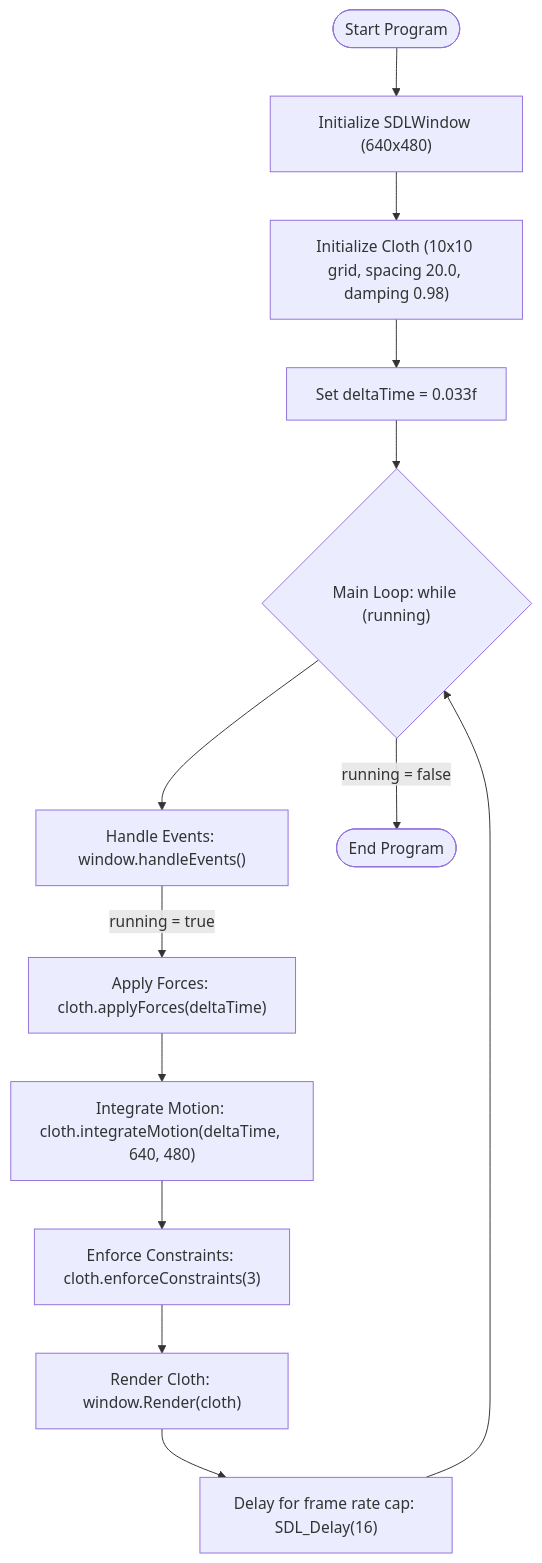
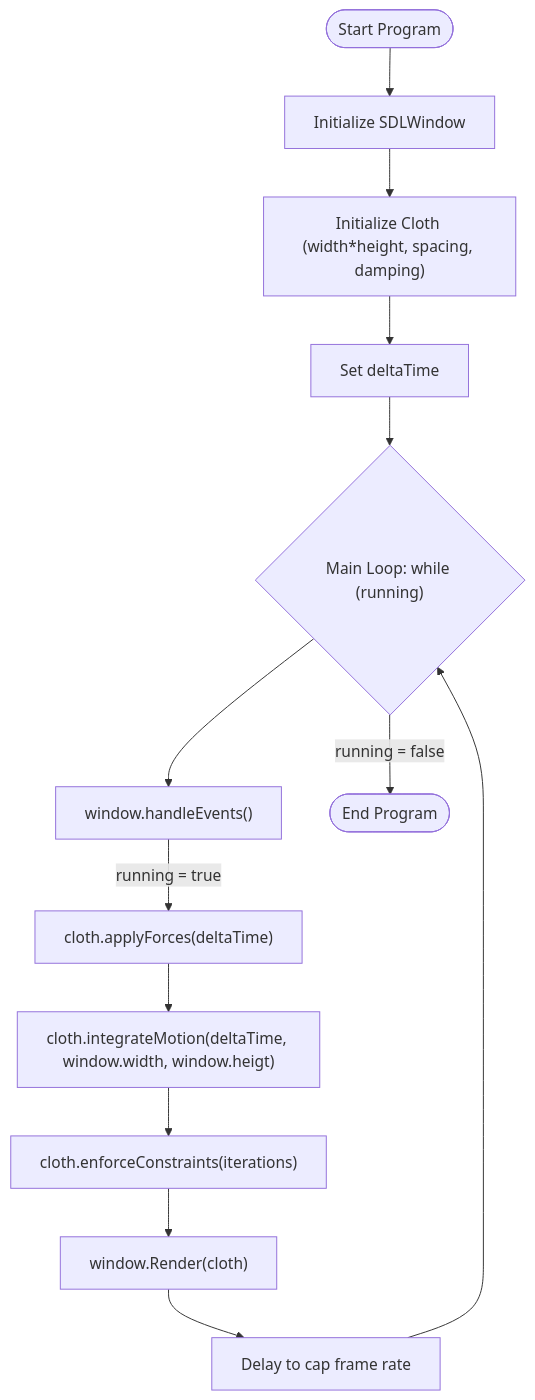
One commit to mandelcohen/ClothSimCmake changed the second of 2 diagrams in README.md. Above: the diagram before and after it, drawn with Mermaid.

````diff
--- a/README.md
+++ b/README.md
@@ -62,17 +62,17 @@
 ```mermaid
 flowchart TD
-    Start([Start Program]) --> InitWindow["Initialize SDLWindow (640x480)"]
-    InitWindow --> InitCloth["Initialize Cloth (10x10 grid, spacing 20.0, damping 0.98)"]
-    InitCloth --> SetDeltaTime["Set deltaTime = 0.033f"]
+    Start([Start Program]) --> InitWindow["Initialize SDLWindow"]
+    InitWindow --> InitCloth["Initialize Cloth (width*height, spacing, damping)"]
+    InitCloth --> SetDeltaTime["Set deltaTime"]
     SetDeltaTime --> MainLoop{"Main Loop: while (running)"}
 
-    MainLoop --> HandleEvents["Handle Events: window.handleEvents()"]
-    HandleEvents -->|running = true| ApplyForces["Apply Forces: cloth.applyForces(deltaTime)"]
-    ApplyForces --> IntegrateMotion["Integrate Motion: cloth.integrateMotion(deltaTime, 640, 480)"]
-    IntegrateMotion --> EnforceConstraints["Enforce Constraints: cloth.enforceConstraints(3)"]
-    EnforceConstraints --> Render["Render Cloth: window.Render(cloth)"]
+    MainLoop --> HandleEvents["window.handleEvents()"]
+    HandleEvents -->|running = true| ApplyForces["cloth.applyForces(deltaTime)"]
+    ApplyForces --> IntegrateMotion["cloth.integrateMotion(deltaTime, window.width, window.heigt)"]
+    IntegrateMotion --> EnforceConstraints["cloth.enforceConstraints(iterations)"]
+    EnforceConstraints --> Render["window.Render(cloth)"]
 
-    Render --> Delay["Delay for frame rate cap: SDL_Delay(16)"]
+    Render --> Delay["Delay to cap frame rate"]
     Delay --> MainLoop
     MainLoop -->|running = false| End([End Program])
 ```
````
